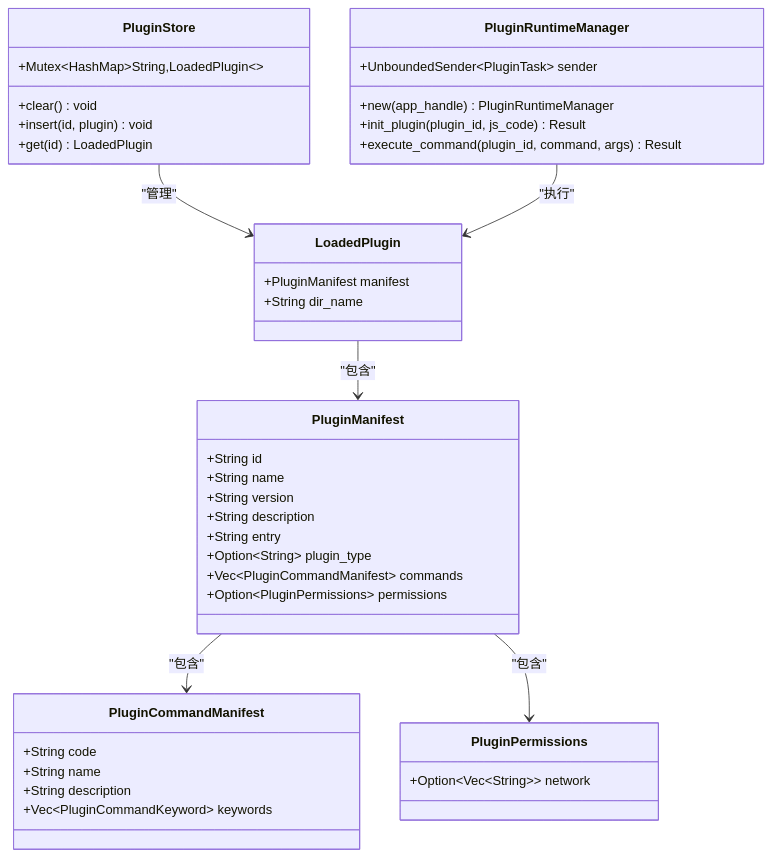
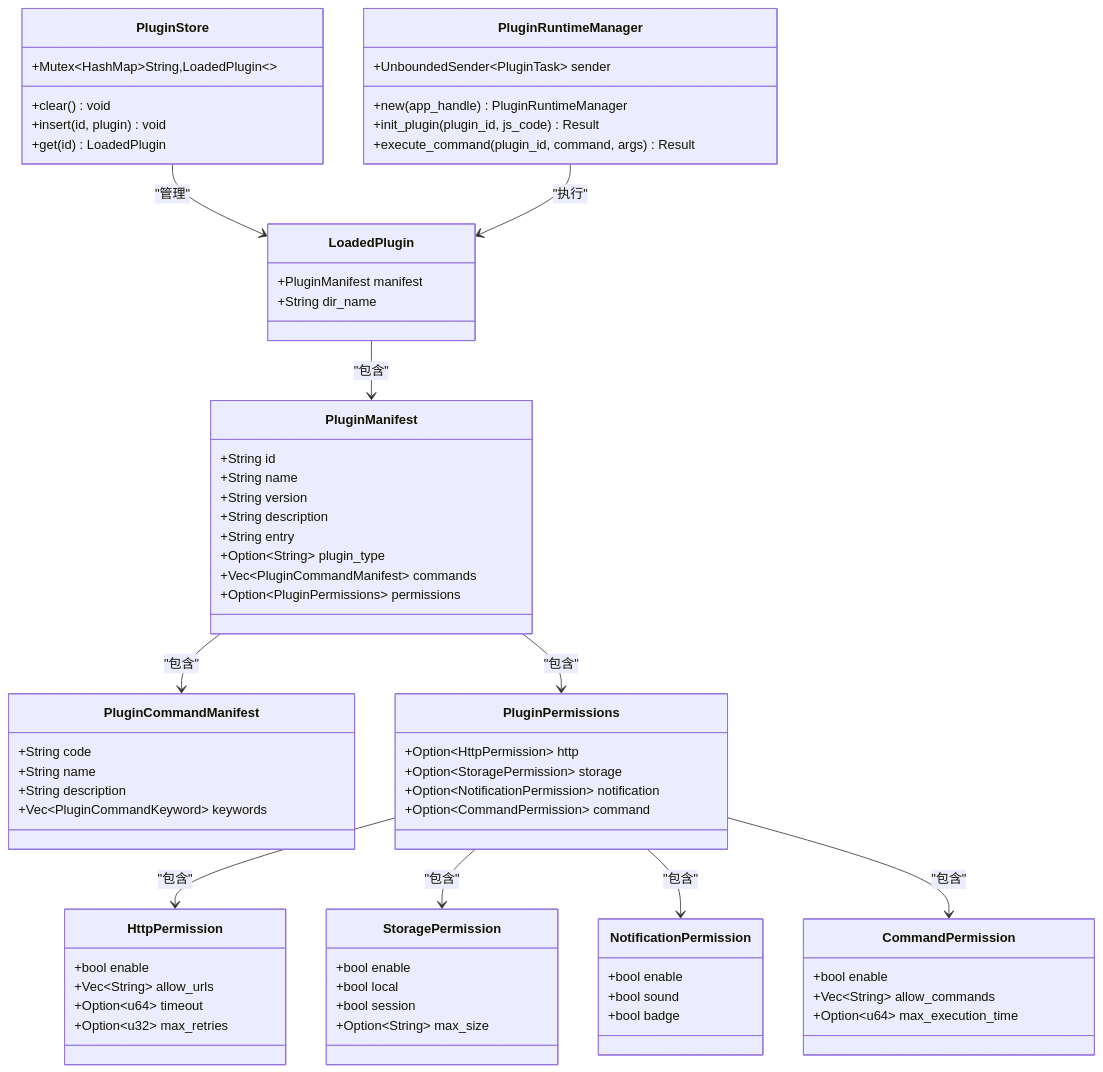
The second of 12 diagrams in .qoder/repowiki/zh/content/核心功能详解/插件系统架构/插件加载与生命周期.md (Onin-app/Onin), drawn with Mermaid before and after one commit. The commit also changed other lines of this file and 14 other files, not shown here.

````diff
--- a/.qoder/repowiki/zh/content/核心功能详解/插件系统架构/插件加载与生命周期.md
+++ b/.qoder/repowiki/zh/content/核心功能详解/插件系统架构/插件加载与生命周期.md
@@ -67,43 +78,72 @@
 ```mermaid
 classDiagram
 class PluginStore {
 +Mutex~HashMap~String,LoadedPlugin~~
 +clear() void
 +insert(id, plugin) void
 +get(id) LoadedPlugin
 }
 class PluginManifest {
 +String id
 +String name
 +String version
 +String description
 +String entry
 +Option~String~ plugin_type
 +Vec~PluginCommandManifest~ commands
 +Option~PluginPermissions~ permissions
 }
 class LoadedPlugin {
 +PluginManifest manifest
 +String dir_name
 }
 class PluginCommandManifest {
 +String code
 +String name
 +String description
 +Vec~PluginCommandKeyword~ keywords
 }
 class PluginPermissions {
-+Option~Vec~String~~ network
++Option~HttpPermission~ http
++Option~StoragePermission~ storage
++Option~NotificationPermission~ notification
++Option~CommandPermission~ command
+}
+class HttpPermission {
++bool enable
++Vec~String~ allow_urls
++Option~u64~ timeout
++Option~u32~ max_retries
+}
+class StoragePermission {
++bool enable
++bool local
++bool session
++Option~String~ max_size
+}
+class NotificationPermission {
++bool enable
++bool sound
++bool badge
+}
+class CommandPermission {
++bool enable
++Vec~String~ allow_commands
++Option~u64~ max_execution_time
 }
 class PluginRuntimeManager {
 +UnboundedSender~PluginTask~ sender
 +new(app_handle) PluginRuntimeManager
 +init_plugin(plugin_id, js_code) Result
 +execute_command(plugin_id, command, args) Result
 }
 PluginStore --> LoadedPlugin : "管理"
 LoadedPlugin --> PluginManifest : "包含"
 PluginManifest --> PluginCommandManifest : "包含"
 PluginManifest --> PluginPermissions : "包含"
+PluginPermissions --> HttpPermission : "包含"
+PluginPermissions --> StoragePermission : "包含"
+PluginPermissions --> NotificationPermission : "包含"
+PluginPermissions --> CommandPermission : "包含"
 PluginRuntimeManager --> LoadedPlugin : "执行"
 ```
````
